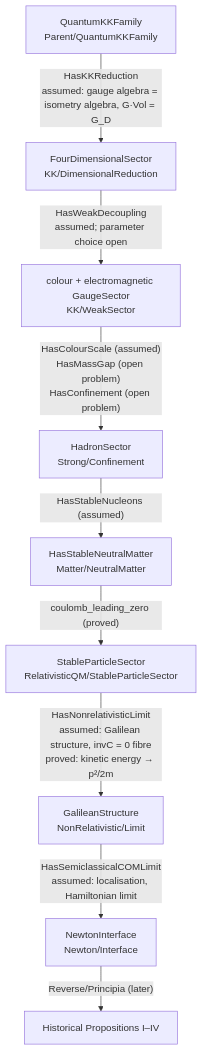
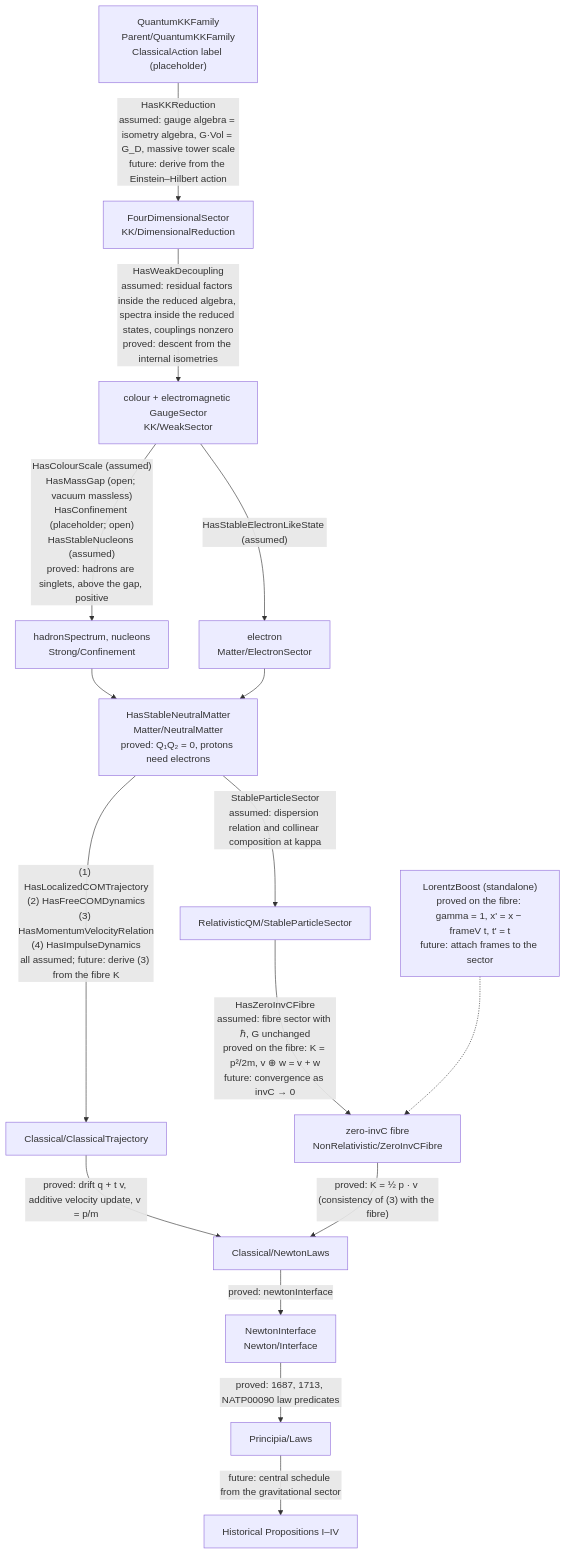
One commit to arivero/newtonlean changed the diagram in Reverse/README.md. Above: the diagram before and after it, drawn with Mermaid. The commit also changed other lines of this file, not shown here.

First line of the commit message:
Reverse: update README to the second-pass status

````diff
--- a/Reverse/README.md
+++ b/Reverse/README.md
@@ -135,11 +153,18 @@
 ```mermaid
 flowchart TD
-  P["QuantumKKFamily<br/>Parent/QuantumKKFamily"] -->|"HasKKReduction<br/>assumed: gauge algebra = isometry algebra, G·Vol = G_D"| S4["FourDimensionalSector<br/>KK/DimensionalReduction"]
-  S4 -->|"HasWeakDecoupling<br/>assumed; parameter choice open"| LE["colour + electromagnetic GaugeSector<br/>KK/WeakSector"]
-  LE -->|"HasColourScale (assumed)<br/>HasMassGap (open problem)<br/>HasConfinement (open problem)"| H["HadronSector<br/>Strong/Confinement"]
-  H -->|"HasStableNucleons (assumed)"| N["HasStableNeutralMatter<br/>Matter/NeutralMatter"]
-  N -->|"coulomb_leading_zero (proved)"| R["StableParticleSector<br/>RelativisticQM/StableParticleSector"]
-  R -->|"HasNonrelativisticLimit<br/>assumed: Galilean structure, invC = 0 fibre<br/>proved: kinetic energy → p²/2m"| G["GalileanStructure<br/>NonRelativistic/Limit"]
-  G -->|"HasSemiclassicalCOMLimit<br/>assumed: localisation, Hamiltonian limit"| NI["NewtonInterface<br/>Newton/Interface"]
-  NI -->|"Reverse/Principia (later)"| PI["Historical Propositions I–IV"]
+  P["QuantumKKFamily<br/>Parent/QuantumKKFamily<br/>ClassicalAction label (placeholder)"] -->|"HasKKReduction<br/>assumed: gauge algebra = isometry algebra, G·Vol = G_D, massive tower scale<br/>future: derive from the Einstein–Hilbert action"| S4["FourDimensionalSector<br/>KK/DimensionalReduction"]
+  S4 -->|"HasWeakDecoupling<br/>assumed: residual factors inside the reduced algebra, spectra inside the reduced states, couplings nonzero<br/>proved: descent from the internal isometries"| LE["colour + electromagnetic GaugeSector<br/>KK/WeakSector"]
+  LE -->|"HasColourScale (assumed)<br/>HasMassGap (open; vacuum massless)<br/>HasConfinement (placeholder; open)<br/>HasStableNucleons (assumed)<br/>proved: hadrons are singlets, above the gap, positive"| H["hadronSpectrum, nucleons<br/>Strong/Confinement"]
+  LE -->|"HasStableElectronLikeState (assumed)"| E["electron<br/>Matter/ElectronSector"]
+  H --> N["HasStableNeutralMatter<br/>Matter/NeutralMatter<br/>proved: Q₁Q₂ = 0, protons need electrons"]
+  E --> N
+  N -->|"StableParticleSector<br/>assumed: dispersion relation and collinear composition at kappa"| R["RelativisticQM/StableParticleSector"]
+  R -->|"HasZeroInvCFibre<br/>assumed: fibre sector with ℏ, G unchanged<br/>proved on the fibre: K = p²/2m, v ⊕ w = v + w<br/>future: convergence as invC → 0"| Z["zero-invC fibre<br/>NonRelativistic/ZeroInvCFibre"]
+  B["LorentzBoost (standalone)<br/>proved on the fibre: gamma = 1, x' = x − frameV t, t' = t<br/>future: attach frames to the sector"] -.-> Z
+  N -->|"(1) HasLocalizedCOMTrajectory<br/>(2) HasFreeCOMDynamics<br/>(3) HasMomentumVelocityRelation<br/>(4) HasImpulseDynamics<br/>all assumed; future: derive (3) from the fibre K"| C["Classical/ClassicalTrajectory"]
+  C -->|"proved: drift q + t v, additive velocity update, v = p/m"| NL["Classical/NewtonLaws"]
+  Z -->|"proved: K = ½ p · v (consistency of (3) with the fibre)"| NL
+  NL -->|"proved: newtonInterface"| NI["NewtonInterface<br/>Newton/Interface"]
+  NI -->|"proved: 1687, 1713, NATP00090 law predicates"| PL["Principia/Laws"]
+  PL -->|"future: central schedule from the gravitational sector"| PI["Historical Propositions I–IV"]
 ```
````
